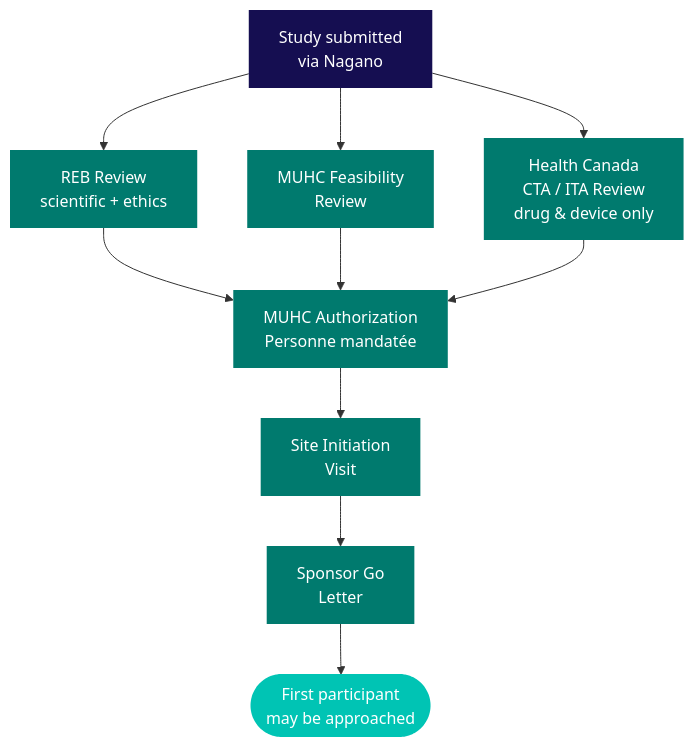
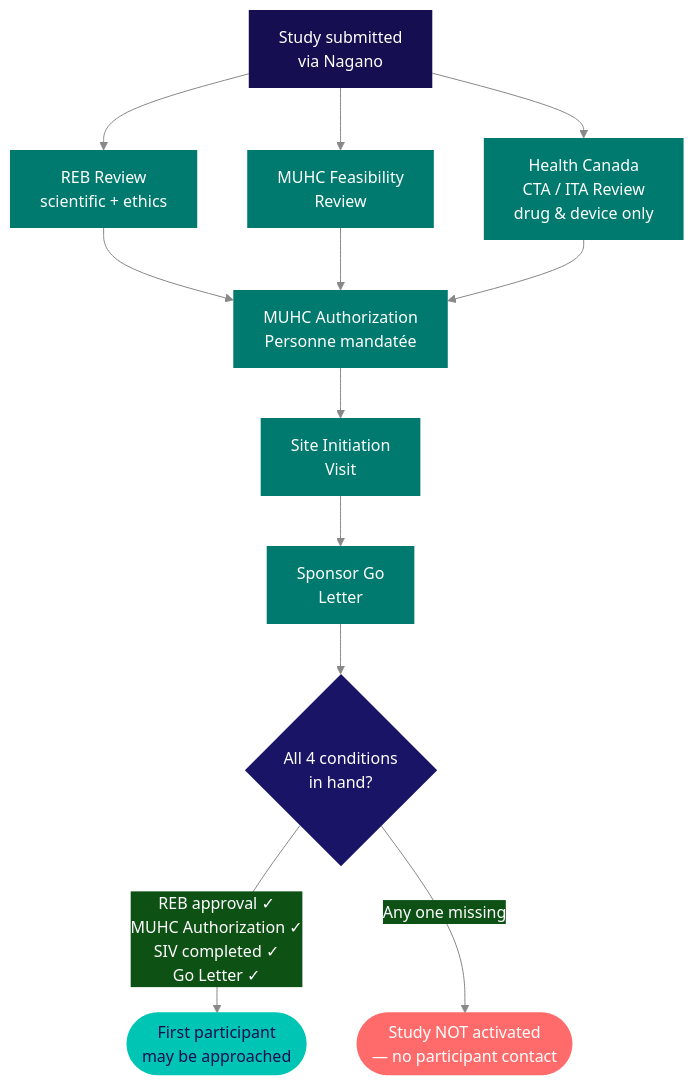
One commit to matthewfiorentino/docs changed the diagram in kb/conduct/site-setup.mdx. Above: the diagram before and after it, drawn with Mermaid. The commit also changed 3 other files, not shown here.

Commit message:
Add Mermaid Conduct batch: SAE swim lane, consent before screening, activation gate, multi-centric close-out

````diff
--- a/kb/conduct/site-setup.mdx
+++ b/kb/conduct/site-setup.mdx
@@ -10,25 +10,30 @@
 ```mermaid
+%%{init: {'theme':'base','themeVariables':{'primaryColor':'#150e51','primaryTextColor':'#ffffff','primaryBorderColor':'#150e51','lineColor':'#888','fontFamily':'system-ui,sans-serif'}}}%%
 flowchart TD
-    SUB[Study submitted\nvia Nagano]
+    SUB[Study submitted<br/>via Nagano]
 
-    SUB --> REB[REB Review\nscientific + ethics]
-    SUB --> MUHCF[MUHC Feasibility\nReview]
-    SUB --> HC[Health Canada\nCTA / ITA Review\ndrug & device only]
+    SUB --> REB[REB Review<br/>scientific + ethics]
+    SUB --> MUHCF[MUHC Feasibility<br/>Review]
+    SUB --> HC[Health Canada<br/>CTA / ITA Review<br/>drug & device only]
 
-    REB --> AUTH[MUHC Authorization\nPersonne mandatée]
+    REB --> AUTH[MUHC Authorization<br/>Personne mandatée]
     MUHCF --> AUTH
     HC --> AUTH
 
-    AUTH --> SIV[Site Initiation\nVisit]
-    SIV --> GO[Sponsor Go\nLetter]
-    GO --> FP([First participant\nmay be approached])
+    AUTH --> SIV[Site Initiation<br/>Visit]
+    SIV --> GO[Sponsor Go<br/>Letter]
+    GO --> GATE{"All 4 conditions<br/>in hand?"}
+    GATE -->|"REB approval ✓<br/>MUHC Authorization ✓<br/>SIV completed ✓<br/>Go Letter ✓"| FP([First participant<br/>may be approached])
+    GATE -->|"Any one missing"| BLOCK([Study NOT activated<br/>— no participant contact])
 
     style SUB fill:#150e51,color:#fff,stroke:none
     style HC  fill:#007a6e,color:#fff,stroke:none
     style REB fill:#007a6e,color:#fff,stroke:none
     style MUHCF fill:#007a6e,color:#fff,stroke:none
     style AUTH fill:#007a6e,color:#fff,stroke:none
     style SIV  fill:#007a6e,color:#fff,stroke:none
     style GO   fill:#007a6e,color:#fff,stroke:none
-    style FP   fill:#00c4b4,color:#fff,stroke:none
+    style GATE fill:#1a1466,color:#fff,stroke:none
+    style FP   fill:#00c4b4,color:#150e51,stroke:none
+    style BLOCK fill:#ff6b6b,color:#fff,stroke:none
 ```
````
